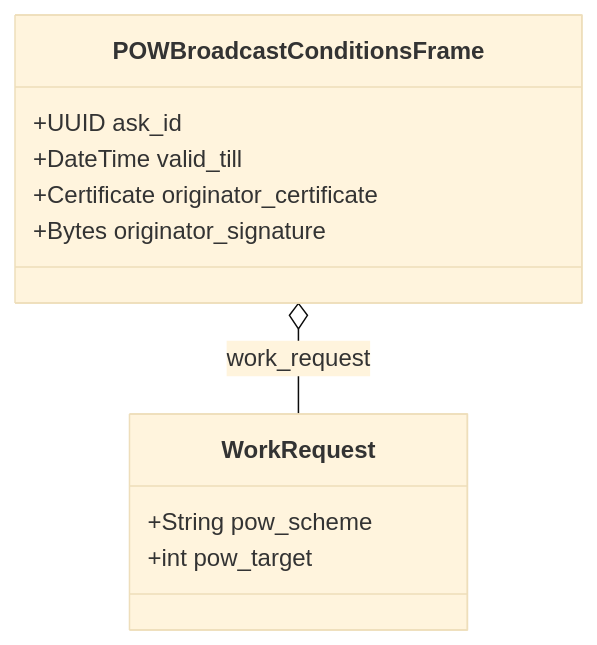
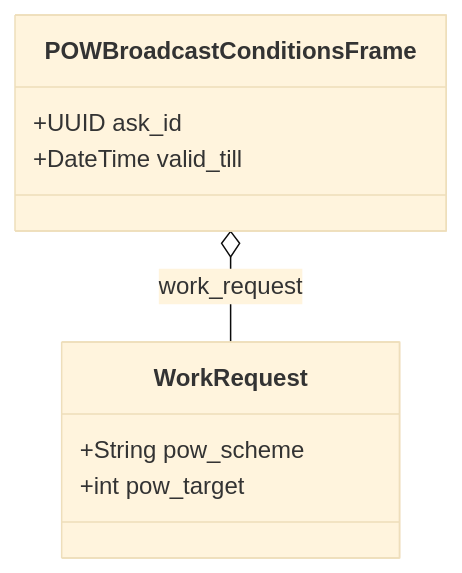
The fifth of 9 diagrams in whitepaper/protocol.md (DontTrustVerifyOrg/gig-gossip), drawn with Mermaid (base theme) before and after one commit. The commit also changed other lines of this file and 2 other files, not shown here.

````diff
--- a/whitepaper/protocol.md
+++ b/whitepaper/protocol.md
@@ -158,14 +158,12 @@
 ```mermaid
 classDiagram
     class WorkRequest{
         +String pow_scheme
         +int pow_target
     }
     class POWBroadcastConditionsFrame{
         +UUID ask_id
         +DateTime valid_till
-        +Certificate originator_certificate
-        +Bytes originator_signature
     }
     POWBroadcastConditionsFrame  o--  WorkRequest : work_request
 ```
````
